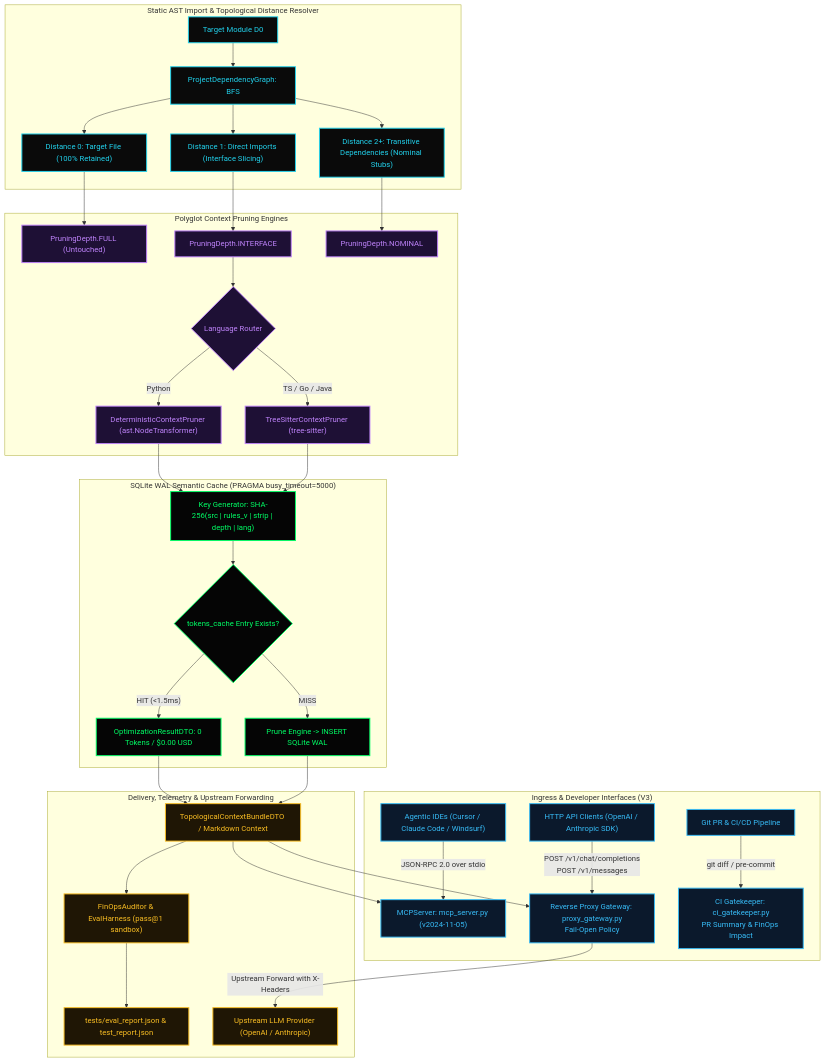
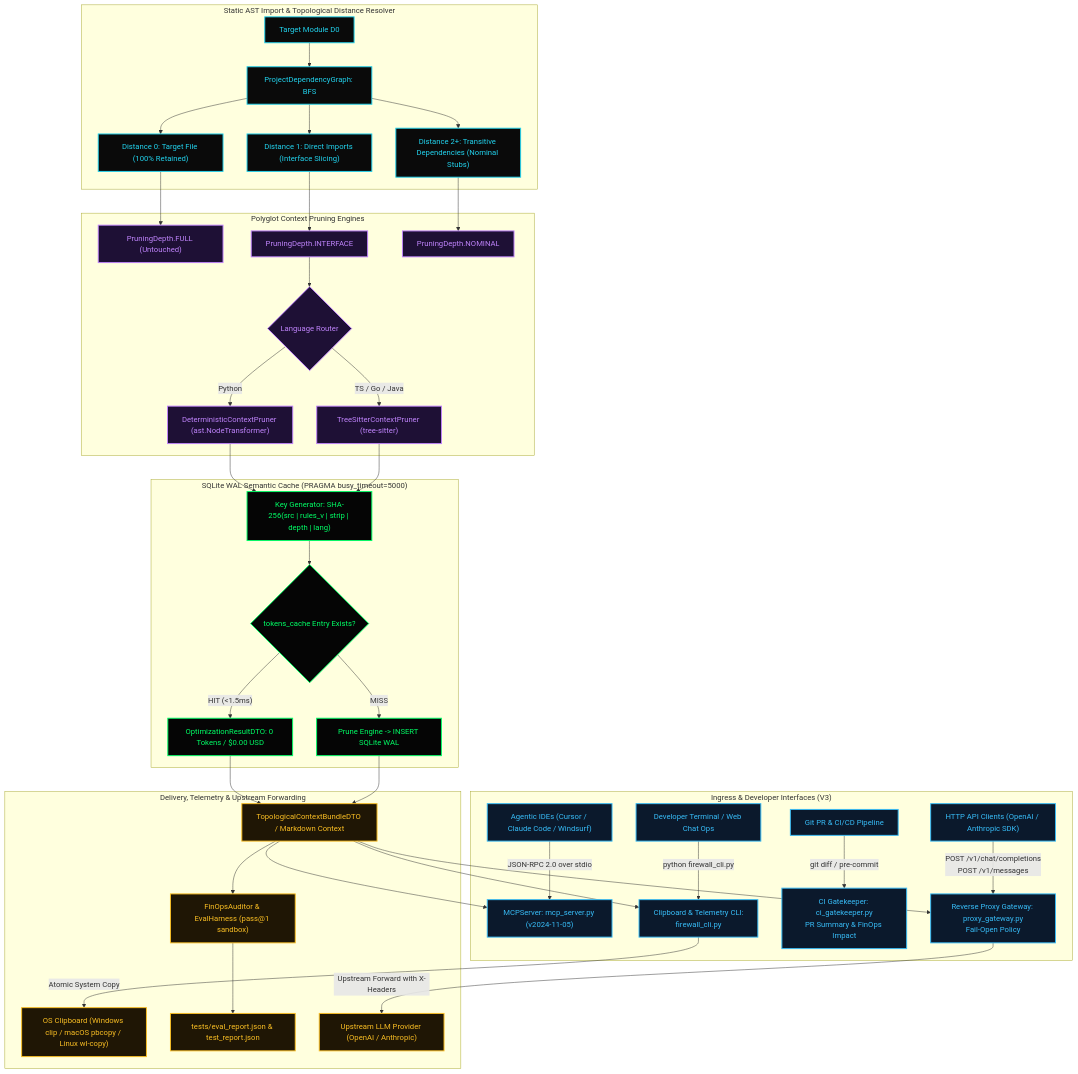
Before and after one commit to heuristicolab/ctxfw: the diagram in 01_TOPOLOGY/1_mermaid_dag.md, drawn with Mermaid. The commit also changed 5 other files, not shown here.

Commit message:
feat(final): implement clipboard cli, canonical user manual, and seal v3 notarial vault

````diff
--- a/01_TOPOLOGY/1_mermaid_dag.md
+++ b/01_TOPOLOGY/1_mermaid_dag.md
@@ -1,55 +1,58 @@
 ```mermaid
 graph TD
     subgraph IngressLayer ["Ingress & Developer Interfaces (V3)"]
         IDE["Agentic IDEs (Cursor / Claude Code / Windsurf)"] -->|JSON-RPC 2.0 over stdio| MCPServer["MCPServer: mcp_server.py (v2024-11-05)"]
         AppClient["HTTP API Clients (OpenAI / Anthropic SDK)"] -->|POST /v1/chat/completions\nPOST /v1/messages| ProxyGateway["Reverse Proxy Gateway: proxy_gateway.py\nFail-Open Policy"]
         CIPipeline["Git PR & CI/CD Pipeline"] -->|git diff / pre-commit| CIGatekeeper["CI Gatekeeper: ci_gatekeeper.py\nPR Summary & FinOps Impact"]
+        DevCLI["Developer Terminal / Web Chat Ops"] -->|python firewall_cli.py <target>| ClipboardCLI["Clipboard & Telemetry CLI:\nfirewall_cli.py"]
     end
 
     subgraph TopoScan ["Static AST Import & Topological Distance Resolver"]
         TargetFile["Target Module D0"] --> GraphBuilder["ProjectDependencyGraph: BFS"]
         GraphBuilder --> D0["Distance 0: Target File (100% Retained)"]
         GraphBuilder --> D1["Distance 1: Direct Imports (Interface Slicing)"]
         GraphBuilder --> D2["Distance 2+: Transitive Dependencies (Nominal Stubs)"]
     end
 
     subgraph PruningEngines ["Polyglot Context Pruning Engines"]
         D0 --> DispatchFull["PruningDepth.FULL (Untouched)"]
         D1 --> DispatchInterface["PruningDepth.INTERFACE"]
         D2 --> DispatchNominal["PruningDepth.NOMINAL"]
 
         DispatchInterface --> DualRouter{"Language Router"}
         DualRouter -->|Python| ASTPruner["DeterministicContextPruner (ast.NodeTransformer)"]
         DualRouter -->|TS / Go / Java| PolyglotPruner["TreeSitterContextPruner (tree-sitter)"]
     end
 
     subgraph CacheLayer ["SQLite WAL Semantic Cache (PRAGMA busy_timeout=5000)"]
         ASTPruner --> KeyGen["Key Generator: SHA-256(src | rules_v | strip | depth | lang)"]
         PolyglotPruner --> KeyGen
         KeyGen --> CacheCheck{"tokens_cache Entry Exists?"}
         CacheCheck -- "HIT (<1.5ms)" --> WarmHit["OptimizationResultDTO: 0 Tokens / $0.00 USD"]
         CacheCheck -- "MISS" --> ColdStore["Prune Engine -> INSERT SQLite WAL"]
     end
 
     subgraph OutboundAndFinOps ["Delivery, Telemetry & Upstream Forwarding"]
         WarmHit --> Bundler["TopologicalContextBundleDTO / Markdown Context"]
         ColdStore --> Bundler
         Bundler --> ProxyGateway
         Bundler --> MCPServer
+        Bundler --> ClipboardCLI
+        ClipboardCLI -->|Atomic System Copy| OSClip["OS Clipboard (Windows clip / macOS pbcopy / Linux wl-copy)"]
         Bundler --> FinOps["FinOpsAuditor & EvalHarness (pass@1 sandbox)"]
         FinOps --> EvalReport["tests/eval_report.json & test_report.json"]
         ProxyGateway -->|Upstream Forward with X-Headers| LLMUpstream["Upstream LLM Provider (OpenAI / Anthropic)"]
     end
 
     classDef ingressNode fill:#0b192c,stroke:#38bdf8,stroke-width:2px,color:#38bdf8
     classDef topoNode fill:#0a0a0a,stroke:#22d3ee,stroke-width:2px,color:#22d3ee
     classDef engineNode fill:#1e1035,stroke:#c084fc,stroke-width:2px,color:#c084fc
     classDef cacheNode fill:#050505,stroke:#00ff66,stroke-width:2px,color:#00ff66
     classDef outboundNode fill:#1f1605,stroke:#fbbf24,stroke-width:2px,color:#fbbf24
 
-    class IDE,AppClient,CIPipeline,MCPServer,ProxyGateway,CIGatekeeper ingressNode
+    class IDE,AppClient,CIPipeline,DevCLI,MCPServer,ProxyGateway,CIGatekeeper,ClipboardCLI ingressNode
     class TargetFile,GraphBuilder,D0,D1,D2 topoNode
     class DispatchFull,DispatchInterface,DispatchNominal,DualRouter,ASTPruner,PolyglotPruner engineNode
     class KeyGen,CacheCheck,WarmHit,ColdStore cacheNode
-    class Bundler,FinOps,EvalReport,LLMUpstream outboundNode
+    class Bundler,OSClip,FinOps,EvalReport,LLMUpstream outboundNode
 ```
````
